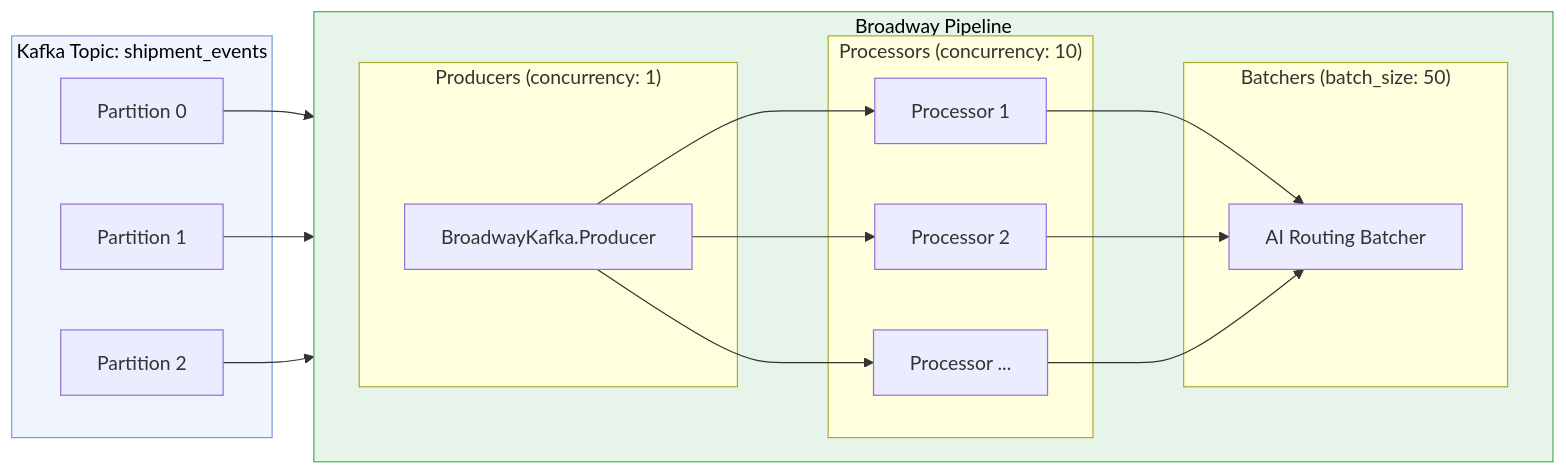
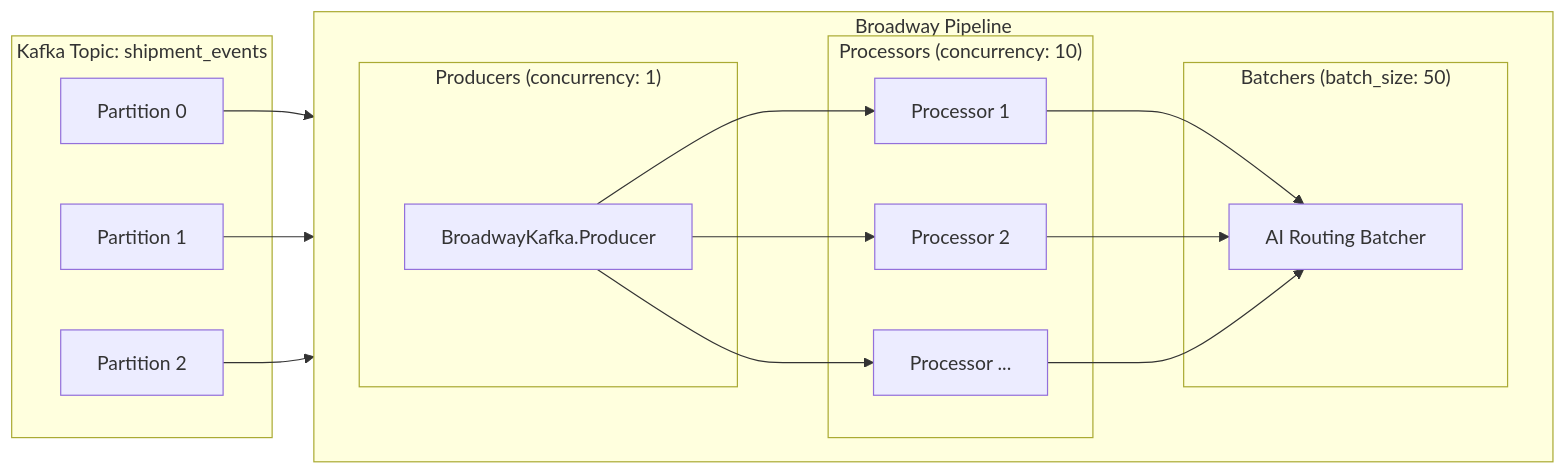
The second of 24 diagrams in docs/notes/genstage-broadway-ai.md (bchassoul/notes), drawn with Mermaid before and after one commit. The commit also changed other lines of this file and 9 other files, not shown here.

Commit message:
Add diagrams and visual improvements across all notes

````diff
--- a/docs/notes/genstage-broadway-ai.md
+++ b/docs/notes/genstage-broadway-ai.md
@@ -215,30 +215,28 @@
 ```mermaid
 flowchart LR
     subgraph Kafka["Kafka Topic: shipment_events"]
         P0["Partition 0"]
         P1["Partition 1"]
         P2["Partition 2"]
     end
 
     subgraph Broadway["Broadway Pipeline"]
         direction LR
         subgraph Producers["Producers (concurrency: 1)"]
             BP["BroadwayKafka.Producer"]
         end
         subgraph Processors["Processors (concurrency: 10)"]
             PR1["Processor 1"]
             PR2["Processor 2"]
             PRN["Processor ..."]
         end
         subgraph Batchers["Batchers (batch_size: 50)"]
             B1["AI Routing Batcher"]
         end
     end
 
     P0 & P1 & P2 --> BP
     BP --> PR1 & PR2 & PRN
     PR1 & PR2 & PRN --> B1
 
-    style Kafka fill:#f0f4ff,stroke:#7b9cde,color:#000
-    style Broadway fill:#e6f4ea,stroke:#4caf50,color:#000
 ```
````
